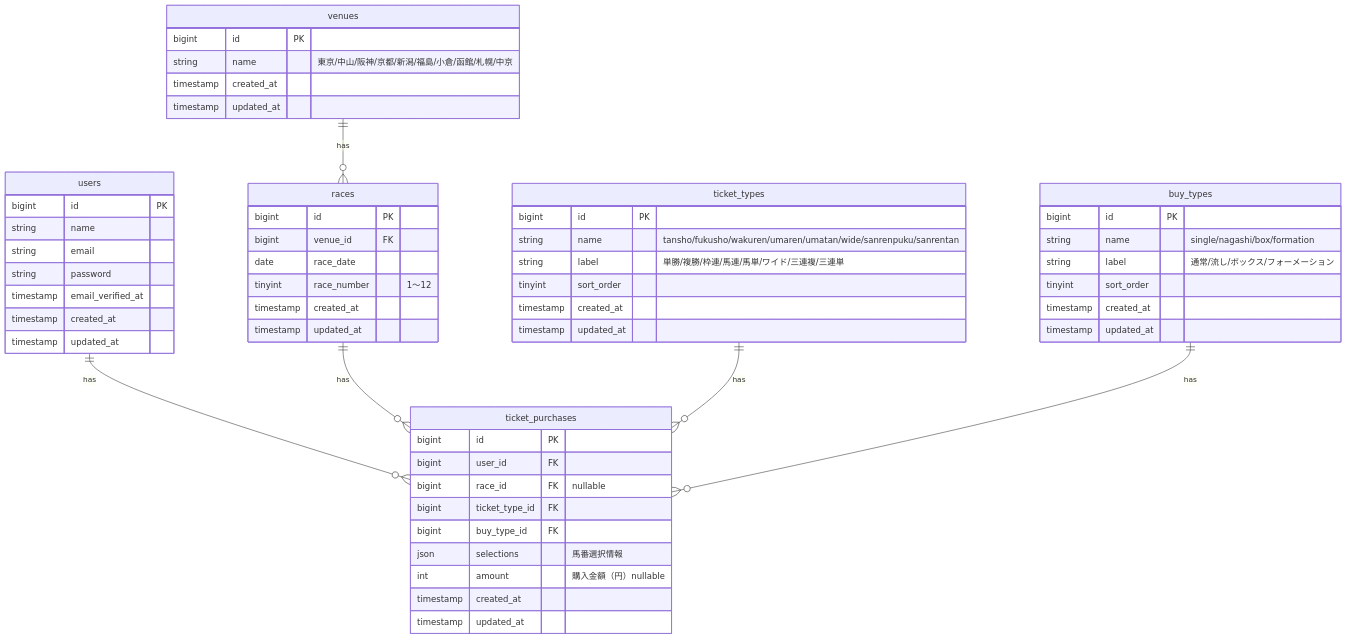
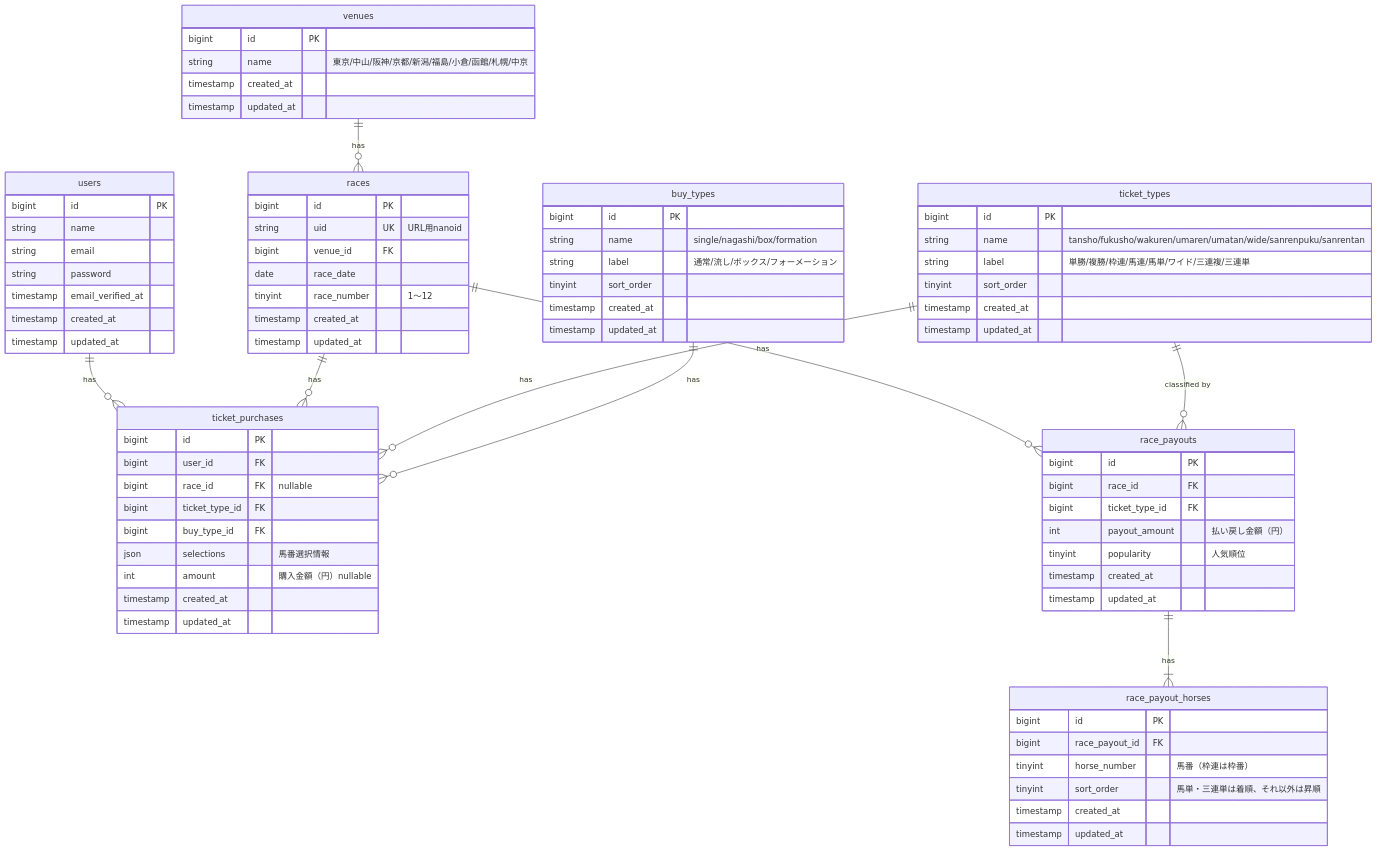
The diagram in docs/specs/er-diagram.md (nakajima97/keiba-db-gen2), drawn with Mermaid before and after one commit. The commit also changed 12 other files, not shown here.

````diff
--- a/docs/specs/er-diagram.md
+++ b/docs/specs/er-diagram.md
@@ -21,6 +21,7 @@
 
     races {
         bigint id PK
+        string uid UK "URL用nanoid"
         bigint venue_id FK
         date race_date
         tinyint race_number "1〜12"
@@ -58,9 +59,31 @@
         timestamp updated_at
     }
 
+    race_payouts {
+        bigint id PK
+        bigint race_id FK
+        bigint ticket_type_id FK
+        int payout_amount "払い戻し金額（円）"
+        tinyint popularity "人気順位"
+        timestamp created_at
+        timestamp updated_at
+    }
+
+    race_payout_horses {
+        bigint id PK
+        bigint race_payout_id FK
+        tinyint horse_number "馬番（枠連は枠番）"
+        tinyint sort_order "馬単・三連単は着順、それ以外は昇順"
+        timestamp created_at
+        timestamp updated_at
+    }
+
     users ||--o{ ticket_purchases : "has"
     venues ||--o{ races : "has"
     races ||--o{ ticket_purchases : "has"
     ticket_types ||--o{ ticket_purchases : "has"
     buy_types ||--o{ ticket_purchases : "has"
+    races ||--o{ race_payouts : "has"
+    ticket_types ||--o{ race_payouts : "classified by"
+    race_payouts ||--|{ race_payout_horses : "has"
 ```
````
